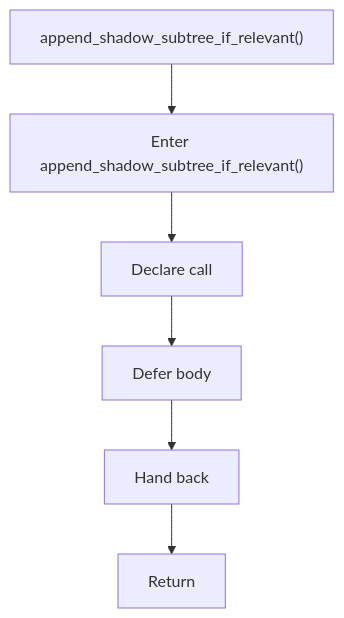
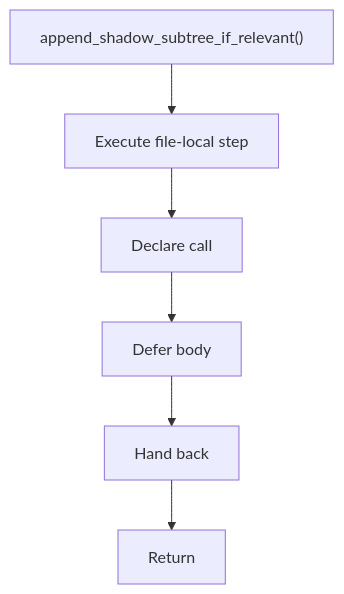
One commit to JohnAndrewBalbarosa/NeoTerritory changed the diagram in docs/Codebase/Microservice/Modules/Header/SyntacticBrokenAST/Trees/Actual/Internal/Flow/functions/append_shadow_subtree_if_relevant.hpp.md. Above: the diagram before and after it, drawn with Mermaid. The commit also changed other lines of this file and 925 other files, not shown here.

````diff
--- a/docs/Codebase/Microservice/Modules/Header/SyntacticBrokenAST/Trees/Actual/Internal/Flow/functions/append_shadow_subtree_if_relevant.hpp.md
+++ b/docs/Codebase/Microservice/Modules/Header/SyntacticBrokenAST/Trees/Actual/Internal/Flow/functions/append_shadow_subtree_if_relevant.hpp.md
@@ -16,14 +16,14 @@
 ```mermaid
 flowchart TD
     Start["append_shadow_subtree_if_relevant()"]
-    N0["Enter append_shadow_subtree_if_relevant()"]
+    N0["Execute file-local step"]
     N1["Declare call"]
     N2["Defer body"]
     N3["Hand back"]
     End["Return"]
     Start --> N0
     N0 --> N1
     N1 --> N2
     N2 --> N3
     N3 --> End
 ```
````
